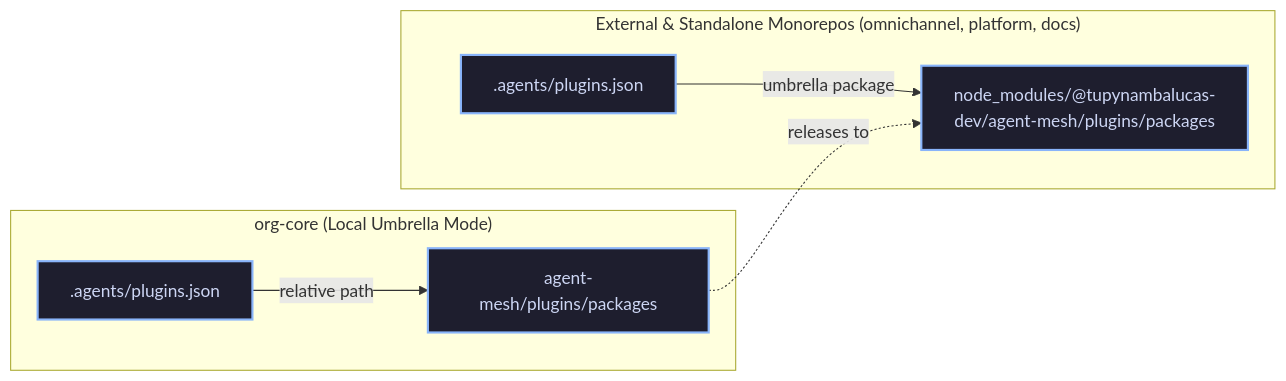
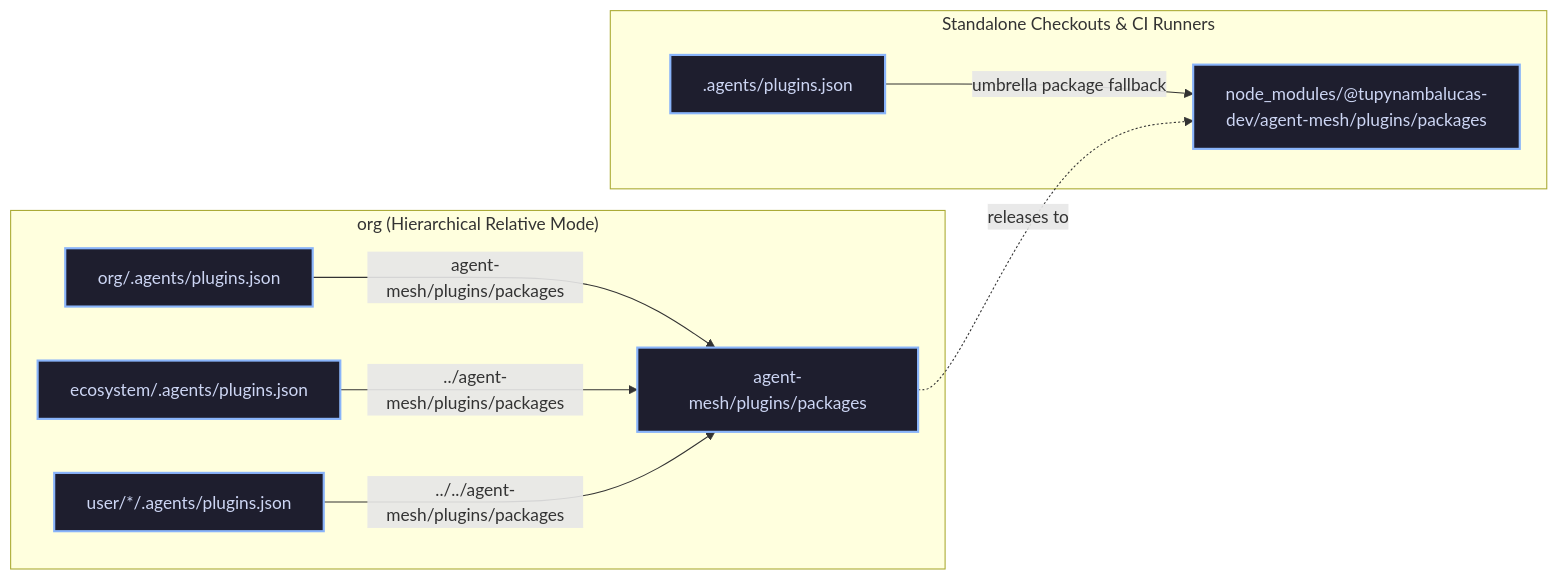
The second of 2 diagrams in README.md (tupynambalucas-dev/org), drawn with Mermaid before and after one commit. The commit also changed other lines of this file and 20 other files, not shown here.

First line of the commit message:
refactor(workspace): restructure meta-repository to org and consolidate user namespace (#46)

````diff
--- a/README.md
+++ b/README.md
@@ -59,14 +92,16 @@
 ```mermaid
 flowchart LR
-  subgraph LocalMetaRepo["org-core (Local Umbrella Mode)"]
-    OCP[".agents/plugins.json"] -->|relative path| AMP["agent-mesh/plugins/packages"]
+  subgraph LocalMetaRepo["org (Hierarchical Relative Mode)"]
+    OCP["org/.agents/plugins.json"] -->|"agent-mesh/plugins/packages"| AMP["agent-mesh/plugins/packages"]
+    ECP["ecosystem/.agents/plugins.json"] -->|"../agent-mesh/plugins/packages"| AMP
+    UCP["user/*/.agents/plugins.json"] -->|"../../agent-mesh/plugins/packages"| AMP
   end
 
-  subgraph ExternalConsumers["External & Standalone Monorepos (omnichannel, platform, docs)"]
-    EPJ[".agents/plugins.json"] -->|umbrella package| NMA["node_modules/@tupynambalucas-dev/agent-mesh/plugins/packages"]
+  subgraph ExternalConsumers["Standalone Checkouts & CI Runners"]
+    EPJ[".agents/plugins.json"] -->|umbrella package fallback| NMA["node_modules/@tupynambalucas-dev/agent-mesh/plugins/packages"]
   end
 
   AMP -.->|releases to| NMA
   classDef box fill:#1e1e2e,stroke:#89b4fa,stroke-width:2px,color:#cdd6f4;
-  class OCP,AMP,EPJ,NMA box;
+  class OCP,ECP,UCP,AMP,EPJ,NMA box;
 ```
````
